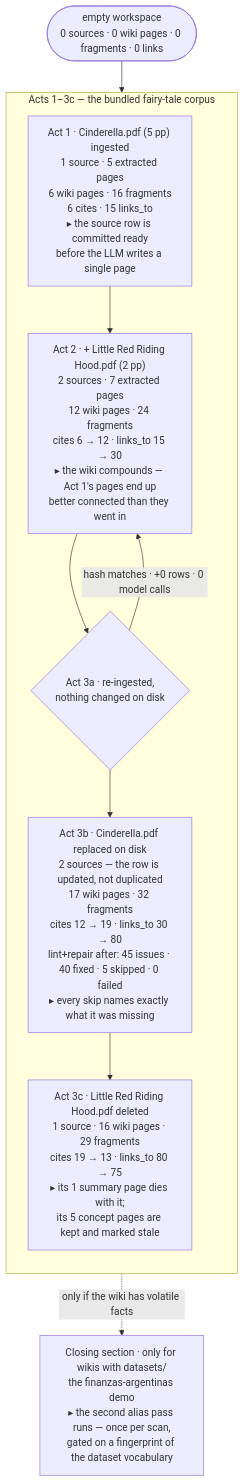
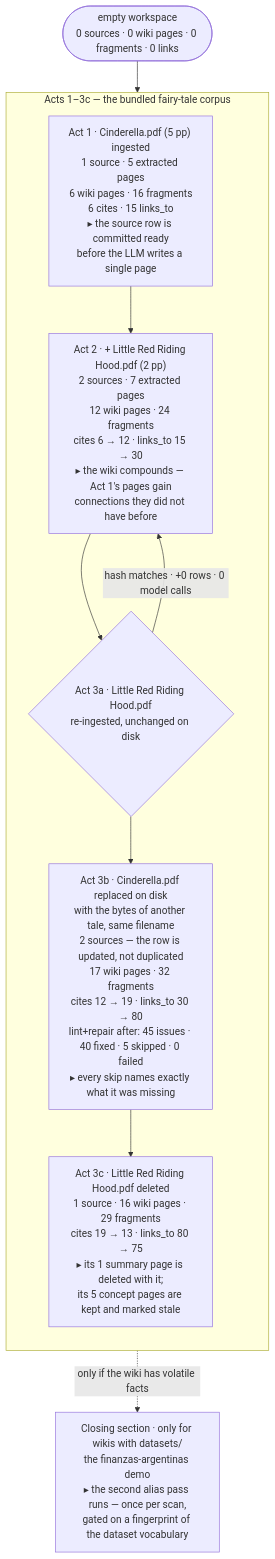
The third of 5 diagrams in docs/ingestion_walkthrough.md (Clod/llmwiki-marimo), drawn with Mermaid before and after one commit. The commit also changed other lines of this file and 5 other files, not shown here.

````diff
--- a/docs/ingestion_walkthrough.md
+++ b/docs/ingestion_walkthrough.md
@@ -829,19 +992,19 @@
 ```mermaid
 flowchart TD
     E(["empty workspace<br/>0 sources · 0 wiki pages · 0 fragments · 0 links"])
 
     subgraph FT ["Acts 1–3c — the bundled fairy-tale corpus"]
         direction TB
         A1["Act 1 · Cinderella.pdf (5 pp) ingested<br/>1 source · 5 extracted pages<br/>6 wiki pages · 16 fragments<br/>6 cites · 15 links_to<br/>▸ the source row is committed ready<br/>before the LLM writes a single page"]
-        A2["Act 2 · + Little Red Riding Hood.pdf (2 pp)<br/>2 sources · 7 extracted pages<br/>12 wiki pages · 24 fragments<br/>cites 6 → 12 · links_to 15 → 30<br/>▸ the wiki compounds — Act 1's pages end up<br/>better connected than they went in"]
-        A3a{"Act 3a · re-ingested,<br/>nothing changed on disk"}
-        A3b["Act 3b · Cinderella.pdf replaced on disk<br/>2 sources — the row is updated, not duplicated<br/>17 wiki pages · 32 fragments<br/>cites 12 → 19 · links_to 30 → 80<br/>lint+repair after: 45 issues · 40 fixed · 5 skipped · 0 failed<br/>▸ every skip names exactly what it was missing"]
-        A3c["Act 3c · Little Red Riding Hood.pdf deleted<br/>1 source · 16 wiki pages · 29 fragments<br/>cites 19 → 13 · links_to 80 → 75<br/>▸ its 1 summary page dies with it;<br/>its 5 concept pages are kept and marked stale"]
+        A2["Act 2 · + Little Red Riding Hood.pdf (2 pp)<br/>2 sources · 7 extracted pages<br/>12 wiki pages · 24 fragments<br/>cites 6 → 12 · links_to 15 → 30<br/>▸ the wiki compounds — Act 1's pages gain<br/>connections they did not have before"]
+        A3a{"Act 3a · Little Red Riding Hood.pdf<br/>re-ingested, unchanged on disk"}
+        A3b["Act 3b · Cinderella.pdf replaced on disk<br/>with the bytes of another tale, same filename<br/>2 sources — the row is updated, not duplicated<br/>17 wiki pages · 32 fragments<br/>cites 12 → 19 · links_to 30 → 80<br/>lint+repair after: 45 issues · 40 fixed · 5 skipped · 0 failed<br/>▸ every skip names exactly what it was missing"]
+        A3c["Act 3c · Little Red Riding Hood.pdf deleted<br/>1 source · 16 wiki pages · 29 fragments<br/>cites 19 → 13 · links_to 80 → 75<br/>▸ its 1 summary page is deleted with it;<br/>its 5 concept pages are kept and marked stale"]
     end
 
     COD["Closing section · only for wikis with datasets/<br/>the finanzas-argentinas demo<br/>▸ the second alias pass runs — once per scan,<br/>gated on a fingerprint of the dataset vocabulary"]
 
     E --> A1 --> A2 --> A3a
     A3a -->|"hash matches · +0 rows · 0 model calls"| A2
     A3a --> A3b --> A3c -.->|"only if the wiki has volatile facts"| COD
 ```
````
